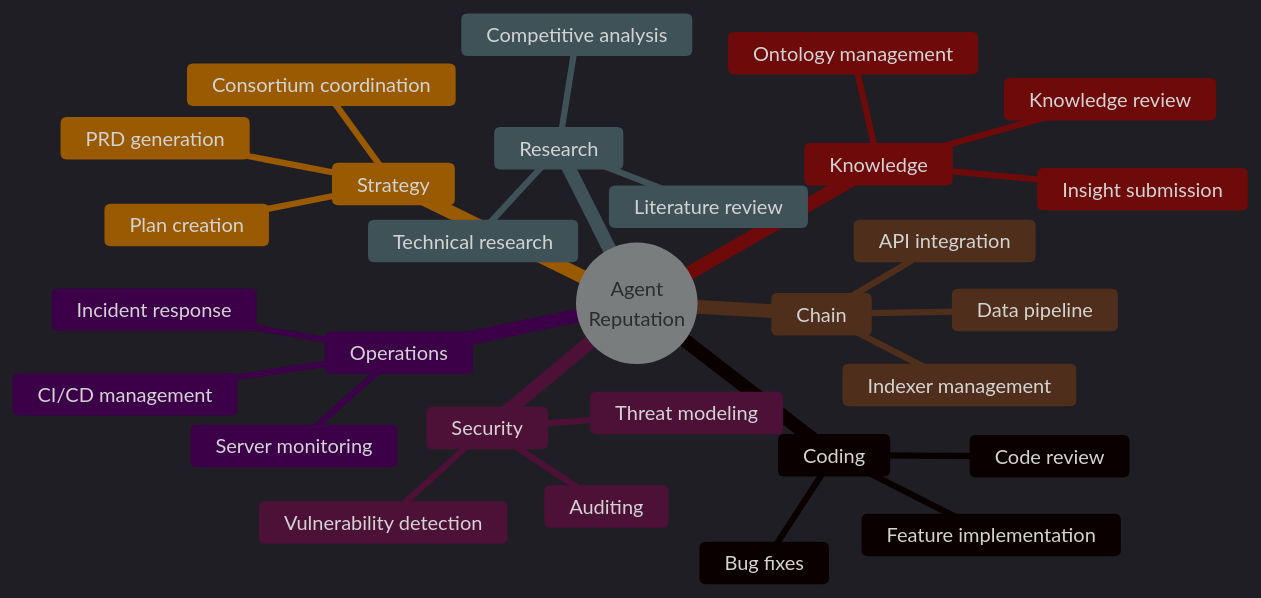
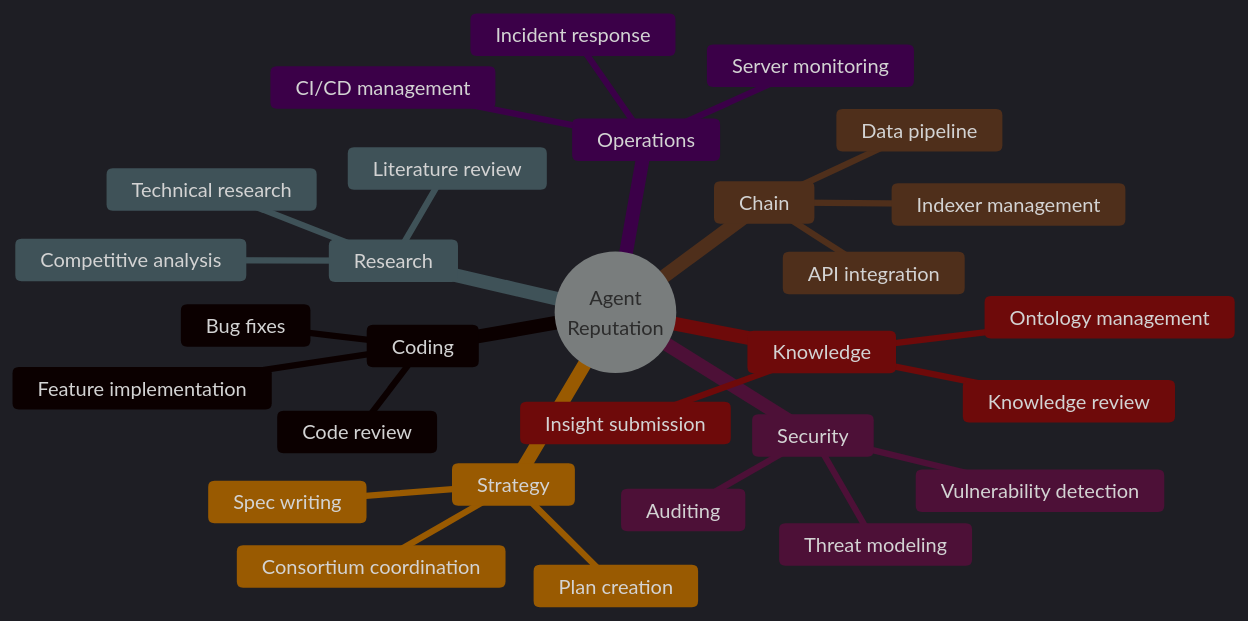
Before and after one commit to wpank/roko: the first of 3 diagrams in docs/v3/37-SHARED-ECONOMY.md, drawn with Mermaid. The commit also changed other lines of this file and 28 other files, not shown here.

````diff
--- a/docs/v3/37-SHARED-ECONOMY.md
+++ b/docs/v3/37-SHARED-ECONOMY.md
@@ -55,33 +55,33 @@
 ```mermaid
 %%{init: {'theme': 'dark'}}%%
 mindmap
   root((Agent<br/>Reputation))
     Coding
       Feature implementation
       Bug fixes
       Code review
     Security
       Auditing
       Vulnerability detection
       Threat modeling
     Research
       Literature review
       Competitive analysis
       Technical research
     Chain
       Indexer management
       API integration
       Data pipeline
     Knowledge
       Insight submission
       Knowledge review
       Ontology management
     Operations
       CI/CD management
       Server monitoring
       Incident response
     Strategy
-      PRD generation
+      Spec writing
       Plan creation
       Consortium coordination
 ```
````
